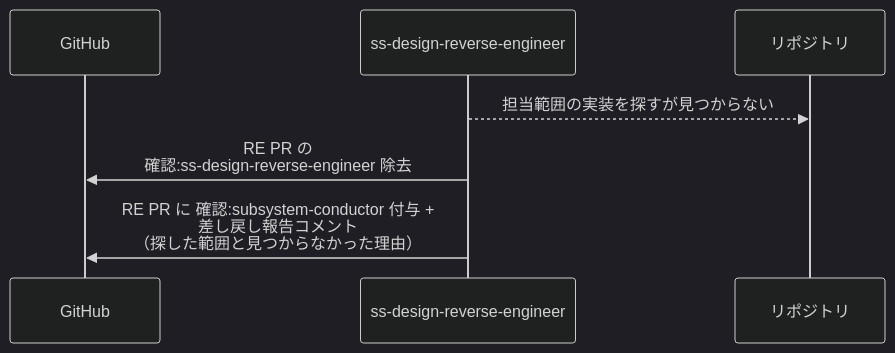
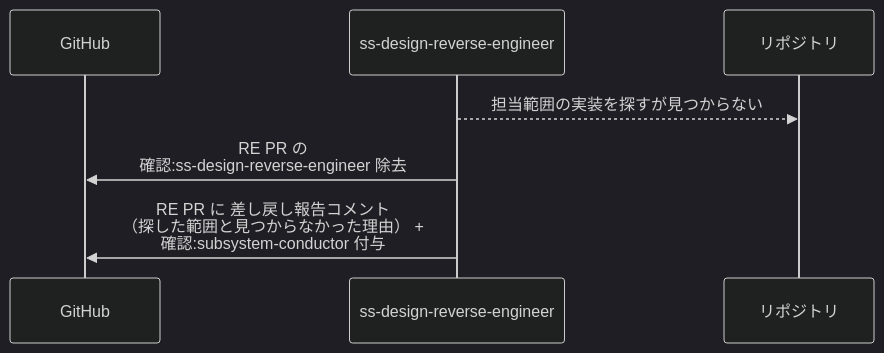
The second of 2 diagrams in docs/wiki/設計図/シナリオ/単一ユースケース/現状設計書の起こし.md (shuhei1101/ai-monitor), drawn with Mermaid (dark theme) before and after one commit. The commit also changed other lines of this file and 29 other files, not shown here.

````diff
--- a/docs/wiki/設計図/シナリオ/単一ユースケース/現状設計書の起こし.md
+++ b/docs/wiki/設計図/シナリオ/単一ユースケース/現状設計書の起こし.md
@@ -88,10 +88,10 @@
 ```mermaid
 sequenceDiagram
   participant GH as GitHub
   participant MON as ss-design-reverse-engineer
   participant REPO as リポジトリ
 
   MON-->>REPO: 担当範囲の実装を探すが見つからない
   MON->>GH: RE PR の<br>確認:ss-design-reverse-engineer 除去
-  MON->>GH: RE PR に 確認:subsystem-conductor 付与 +<br>差し戻し報告コメント<br>（探した範囲と見つからなかった理由）
+  MON->>GH: RE PR に 差し戻し報告コメント<br>（探した範囲と見つからなかった理由） +<br>確認:subsystem-conductor 付与
 ```
````
